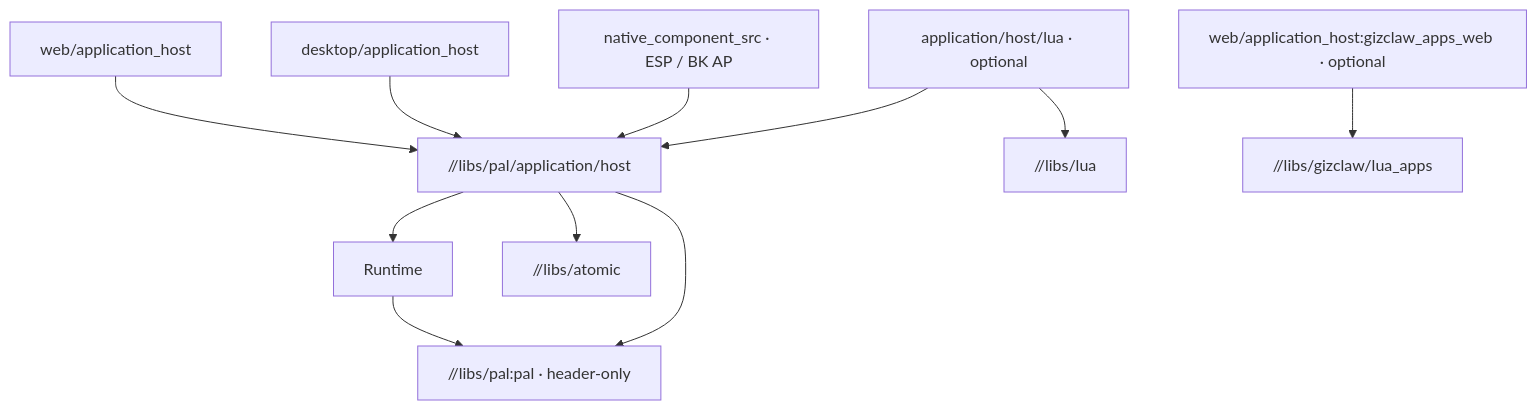
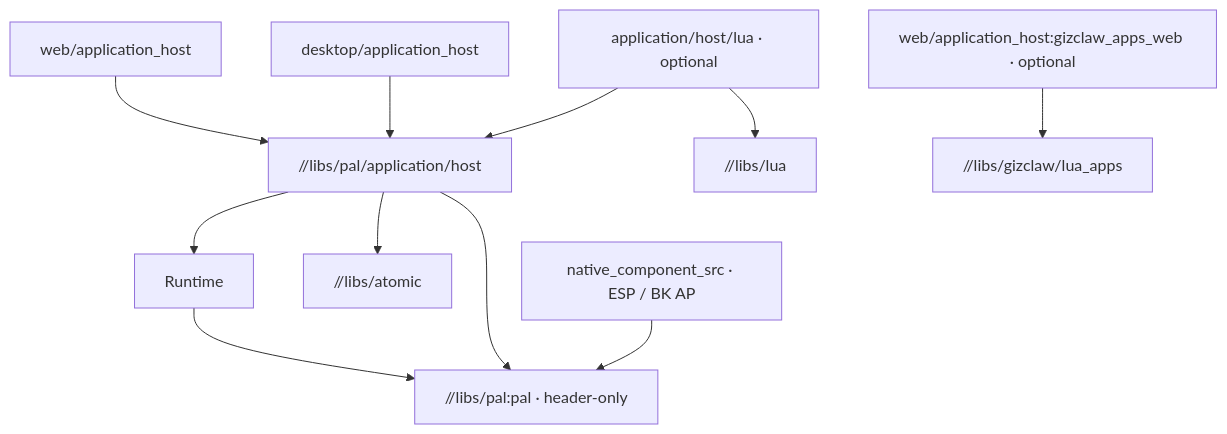
The diagram in guides/zh/developing/application_host.md (GizClaw/gizos), drawn with Mermaid before and after one commit. The commit also changed other lines of this file and 14 other files, not shown here.

Commit message:
pal: Use the shared Host vtable for SDK injection

````diff
--- a/guides/zh/developing/application_host.md
+++ b/guides/zh/developing/application_host.md
@@ -9,13 +9,13 @@
 ```mermaid
 flowchart TD
     Runtime --> PAL["//libs/pal:pal · header-only"]
     Host["//libs/pal/application/host"] --> Runtime
     Host --> PAL
     Host --> Atomic["//libs/atomic"]
     Web["web/application_host"] --> Host
     Desktop["desktop/application_host"] --> Host
-    SDK["native_component_src · ESP / BK AP"] --> Host
+    SDK["native_component_src · ESP / BK AP"] --> PAL
     Lua["application/host/lua · optional"] --> Host
     Lua --> VM["//libs/lua"]
     Bridge["web/application_host:gizclaw_apps_web · optional"] --> Catalog["//libs/gizclaw/lua_apps"]
 ```
````
